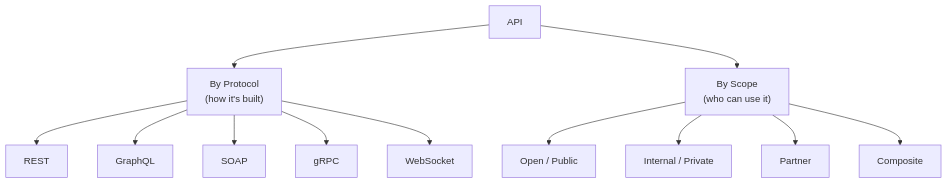
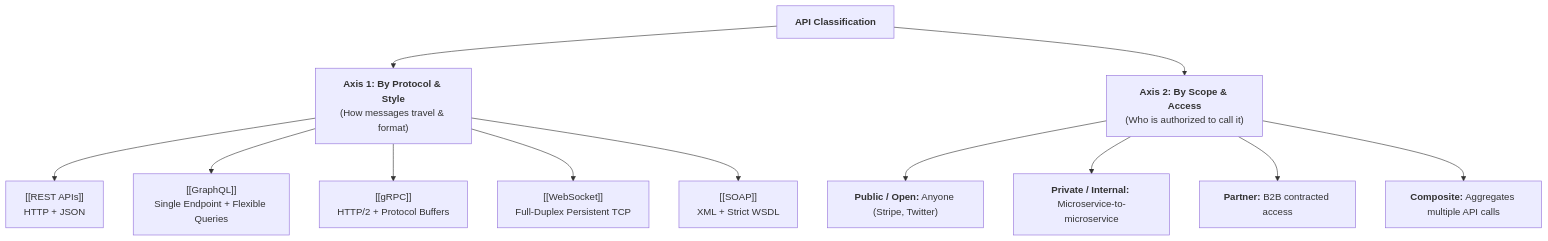
One commit to Aryan107rn/Obsidian_Second_Brain changed the second of 3 diagrams in Computer Science/Web Development/APIs/API.md. Above: the diagram before and after it, drawn with Mermaid. The commit also changed other lines of this file and 41 other files, not shown here.

````diff
--- a/Computer Science/Web Development/APIs/API.md
+++ b/Computer Science/Web Development/APIs/API.md
@@ -19,17 +53,17 @@
 ```mermaid
 flowchart TD
-    API[API]
-    API --> P["By Protocol<br/>(how it's built)"]
-    API --> S["By Scope<br/>(who can use it)"]
+    API["<b>API Classification</b>"]
+    API --> P["<b>Axis 1: By Protocol & Style</b><br/>(How messages travel & format)"]
+    API --> S["<b>Axis 2: By Scope & Access</b><br/>(Who is authorized to call it)"]
 
-    P --> REST
-    P --> GraphQL
-    P --> SOAP
-    P --> gRPC
-    P --> WebSocket
+    P --> REST["[[REST APIs]]<br/>HTTP + JSON"]
+    P --> GQL["[[GraphQL]]<br/>Single Endpoint + Flexible Queries"]
+    P --> GRPC["[[gRPC]]<br/>HTTP/2 + Protocol Buffers"]
+    P --> WS["[[WebSocket]]<br/>Full-Duplex Persistent TCP"]
+    P --> SOAP["[[SOAP]]<br/>XML + Strict WSDL"]
 
-    S --> Public["Open / Public"]
-    S --> Internal["Internal / Private"]
-    S --> Partner["Partner"]
-    S --> Composite["Composite"]
+    S --> Pub["<b>Public / Open:</b> Anyone (Stripe, Twitter)"]
+    S --> Priv["<b>Private / Internal:</b> Microservice-to-microservice"]
+    S --> Part["<b>Partner:</b> B2B contracted access"]
+    S --> Comp["<b>Composite:</b> Aggregates multiple API calls"]
 ```
````
